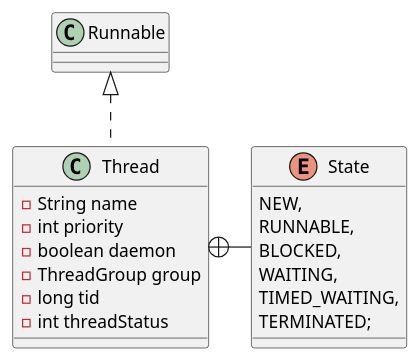
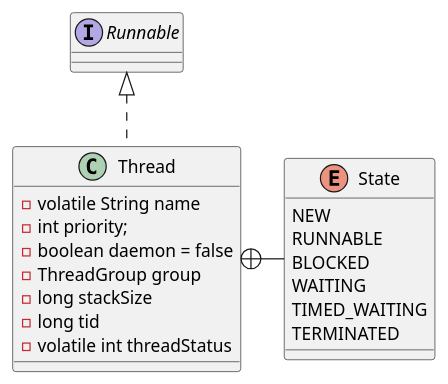
The diagram in 10-java/src/java/lang/Thread.md (onlyonion/development), drawn with PlantUML before and after one commit. The commit also changed other lines of this file and 53 other files, not shown here.

````diff
--- a/10-java/src/java/lang/Thread.md
+++ b/10-java/src/java/lang/Thread.md
@@ -28,25 +5,29 @@
+```plantuml
 @startuml
 
 class Thread {
-    - String name
-    - int priority
-    - boolean daemon
+    - volatile String name
+    - int priority;
+    - boolean daemon = false
     - ThreadGroup group
+    - long stackSize
     - long tid
-    - int threadStatus
+    - volatile int threadStatus
 }
 
+interface Runnable
 Runnable <|.. Thread
 
 enum State {
-    NEW,
-    RUNNABLE,
-    BLOCKED,
-    WAITING,
-    TIMED_WAITING,
-    TERMINATED;
+    NEW
+    RUNNABLE
+    BLOCKED
+    WAITING
+    TIMED_WAITING
+    TERMINATED
 }
-
 Thread +- State
     
+
 @enduml
+```
````
